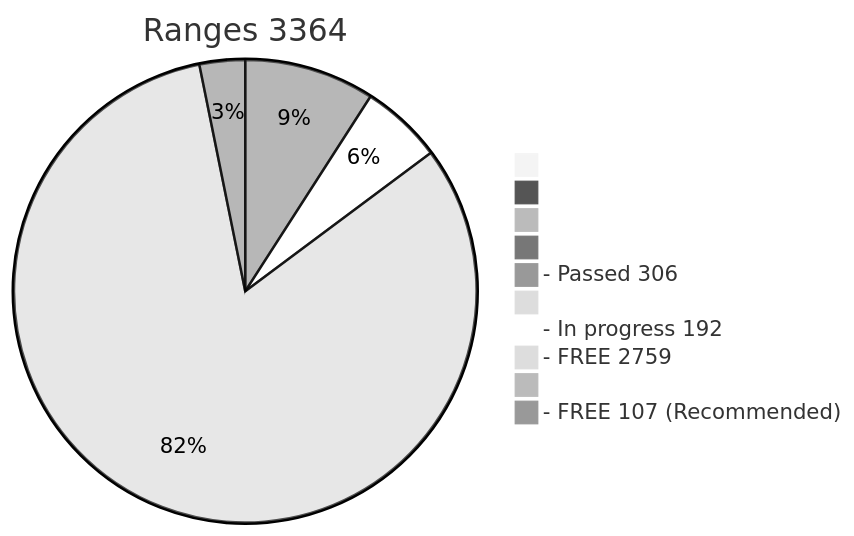
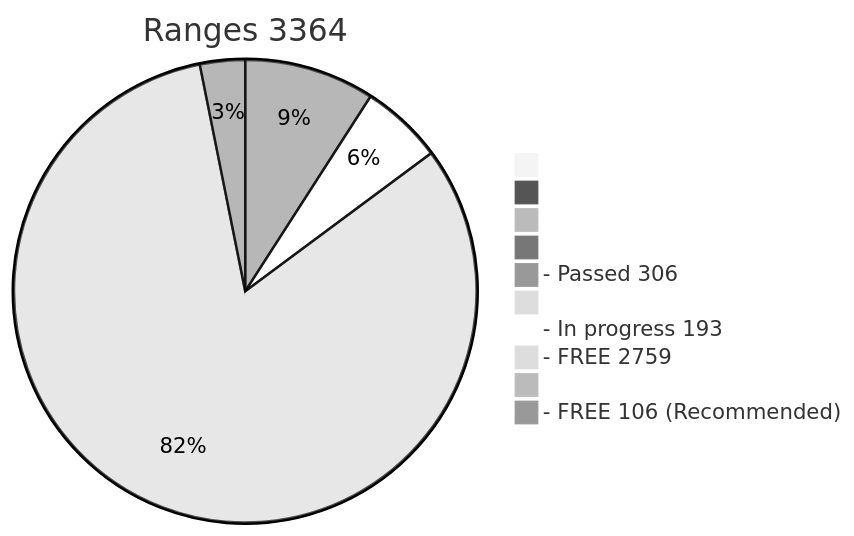
The diagram in x64/Release/table.md (phrutis/wif500), drawn with Mermaid (neutral theme) before and after one commit. The commit also changed other lines of this file, not shown here.

````diff
--- a/x64/Release/table.md
+++ b/x64/Release/table.md
@@ -2,13 +2,13 @@
 ```mermaid
 pie title Ranges 3364
   " " : 0
   "  " : 0
   "   " : 0
   "    " : 0
   "- Passed 306" : 306
   "     " : 0
-  "- In progress 192" : 192
+  "- In progress 193" : 193
   "- FREE 2759" : 2759
   "      " : 0
-  "- FREE 107 (Recommended)" : 107
+  "- FREE 106 (Recommended)" : 106
 ```
````
